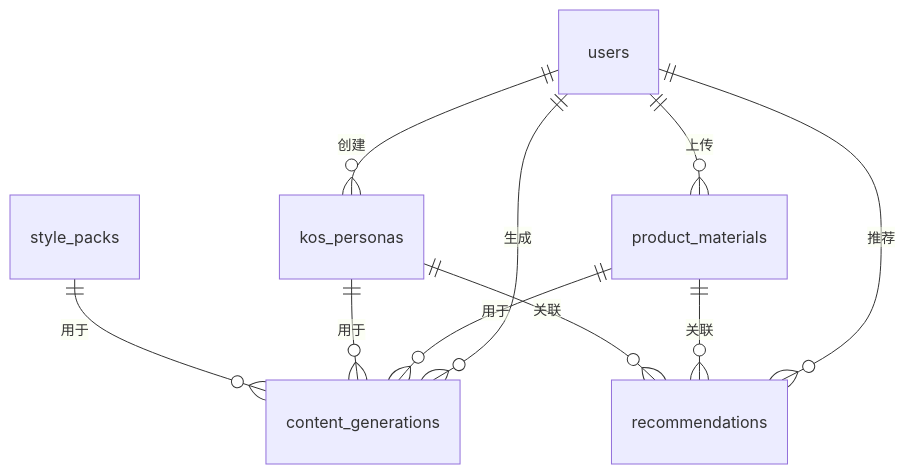
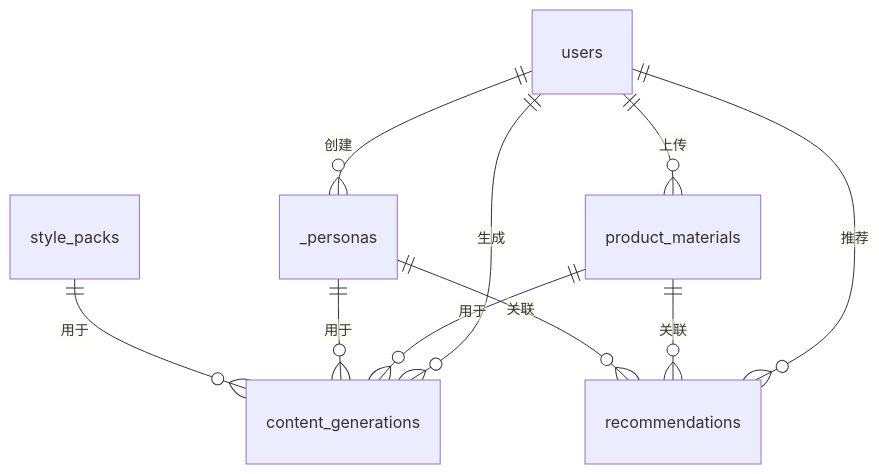
Before and after one commit to wengxiaoxiong/personalize-v2: the diagram in database-schema.md, drawn with Mermaid. The commit also changed other lines of this file and 24 other files, not shown here.

````diff
--- a/database-schema.md
+++ b/database-schema.md
@@ -94,12 +94,12 @@
 ```mermaid
 erDiagram
     users ||--o{ product_materials : "上传"
-    users ||--o{ kos_personas : "创建"
+    users ||--o{ _personas : "创建"
     users ||--o{ content_generations : "生成"
     users ||--o{ recommendations : "推荐"
     product_materials ||--o{ content_generations : "用于"
-    kos_personas ||--o{ content_generations : "用于"
+    _personas ||--o{ content_generations : "用于"
     style_packs ||--o{ content_generations : "用于"
     product_materials ||--o{ recommendations : "关联"
-    kos_personas ||--o{ recommendations : "关联"
+    _personas ||--o{ recommendations : "关联"
 ```
````
